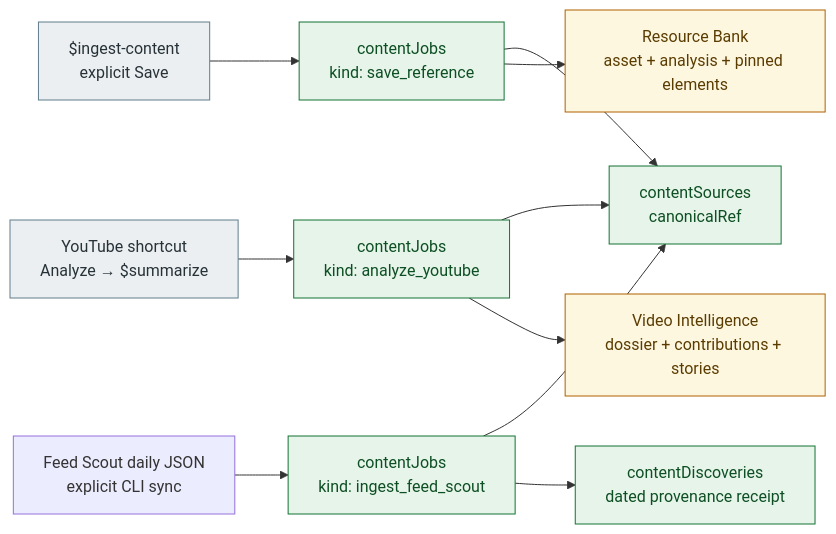
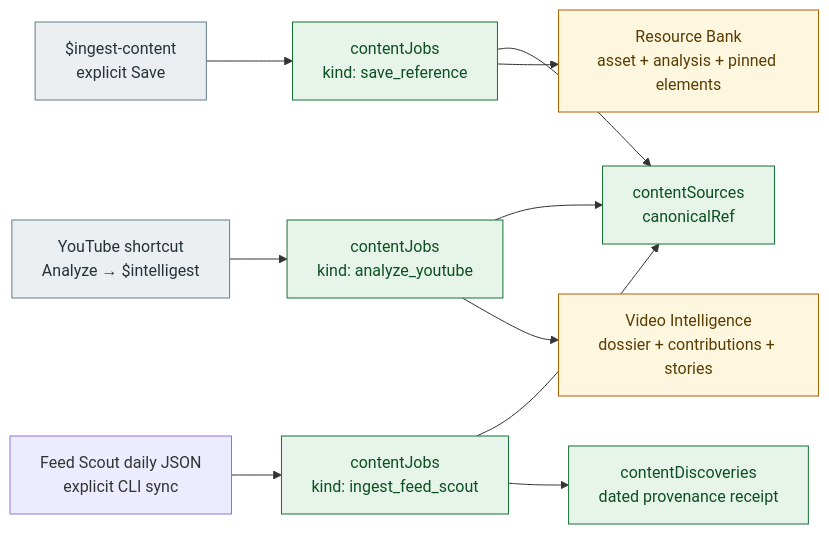
The second of 2 diagrams in docs/systems/content-capture-and-analysis.md (ZanarkandTechnologies/Farplane-UI), drawn with Mermaid before and after one commit. The commit also changed other lines of this file and 49 other files, not shown here.

````diff
--- a/docs/systems/content-capture-and-analysis.md
+++ b/docs/systems/content-capture-and-analysis.md
@@ -73,25 +74,25 @@
 ```mermaid
 flowchart LR
   source["contentSources\ncanonicalRef"]
   save["contentJobs\nkind: save_reference"]
   analyze["contentJobs\nkind: analyze_youtube"]
   discover["contentJobs\nkind: ingest_feed_scout"]
   receipt["contentDiscoveries\ndated provenance receipt"]
   rb["Resource Bank\nasset + analysis + pinned elements"]
   vi["Video Intelligence\ndossier + contributions + stories"]
   ingest["$ingest-content\nexplicit Save"] --> save
-  shortcut["YouTube shortcut\nAnalyze → $summarize"] --> analyze
+  shortcut["YouTube shortcut\nAnalyze → $intelligest"] --> analyze
   scout["Feed Scout daily JSON\nexplicit CLI sync"] --> discover
   save --> source
   analyze --> source
   save --> rb
   analyze --> vi
   discover --> source
   discover --> receipt
   classDef added fill:#e6f4ea,stroke:#137333,color:#0d4f23;
   classDef changed fill:#fef7e0,stroke:#b06000,color:#5b3c00;
   classDef kept fill:#eceff1,stroke:#607d8b,color:#263238;
   class source,save,analyze,discover,receipt added;
   class rb,vi changed;
   class ingest,shortcut kept;
 ```
````
